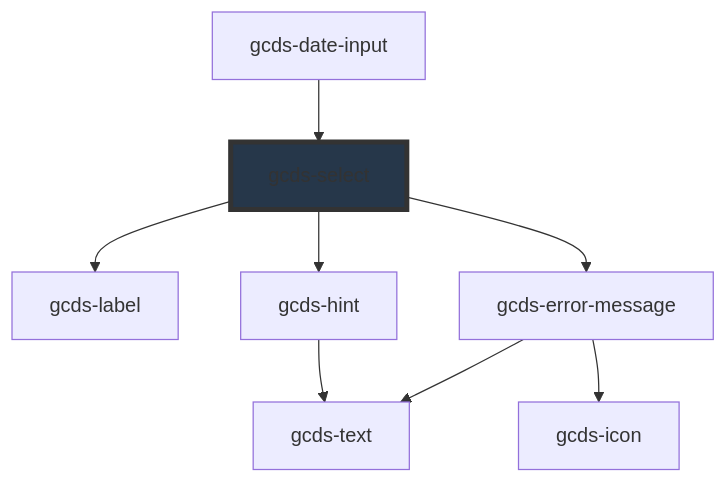
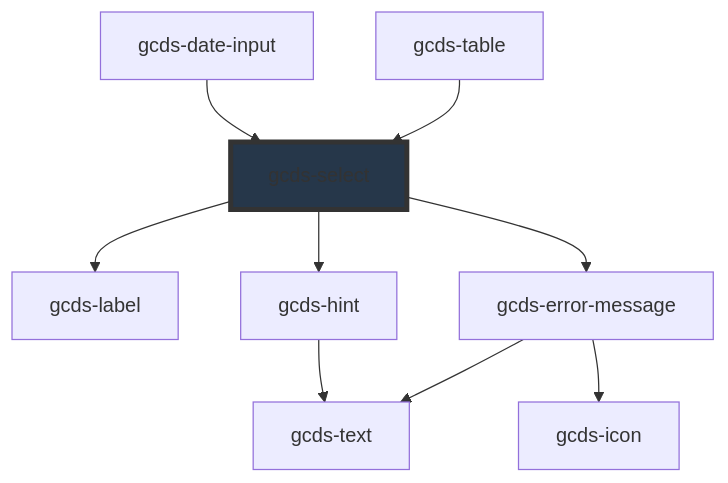
One commit to cds-snc/gcds-components changed the diagram in packages/web/src/components/gcds-select/readme.md. Above: the diagram before and after it, drawn with Mermaid. The commit also changed other lines of this file and 16 other files, not shown here.

````diff
--- a/packages/web/src/components/gcds-select/readme.md
+++ b/packages/web/src/components/gcds-select/readme.md
@@ -99,11 +100,12 @@
 ```mermaid
 graph TD;
   gcds-select --> gcds-label
   gcds-select --> gcds-hint
   gcds-select --> gcds-error-message
   gcds-hint --> gcds-text
   gcds-error-message --> gcds-text
   gcds-error-message --> gcds-icon
   gcds-date-input --> gcds-select
+  gcds-table --> gcds-select
   style gcds-select fill:#26374a,stroke:#333,stroke-width:4px
 ```
````
